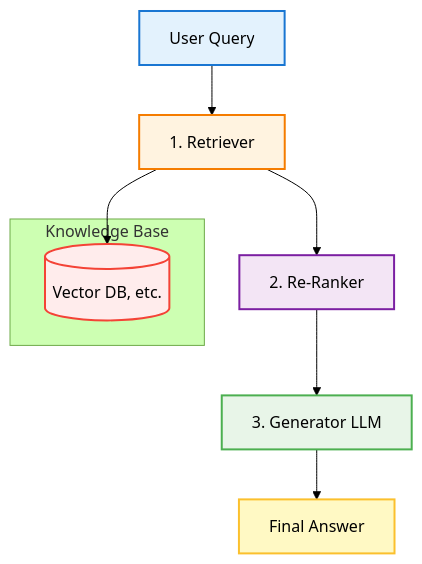
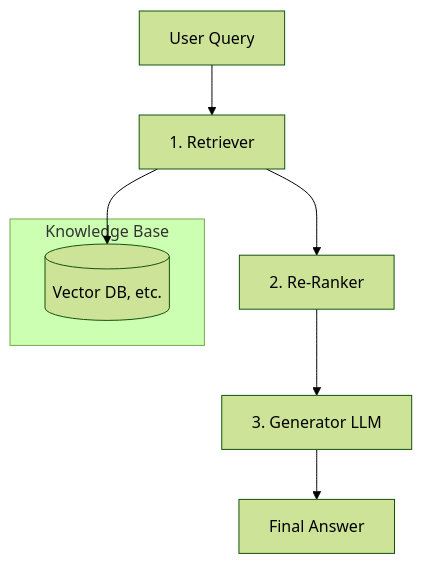
The diagram in docs/5-agentic-ai/5-4-retrieval-augmented-generation-rag/basic-rag-pipeline.md (harimkang/ai-engineer-guide), drawn with Mermaid (forest theme) before and after one commit. The commit also changed 45 other files, not shown here.

````diff
--- a/docs/5-agentic-ai/5-4-retrieval-augmented-generation-rag/basic-rag-pipeline.md
+++ b/docs/5-agentic-ai/5-4-retrieval-augmented-generation-rag/basic-rag-pipeline.md
@@ -20,20 +20,13 @@
 ```mermaid
 graph TD
     A[User Query] --> B[1. Retriever]
     B --> C[2. Re-Ranker]
     C --> D[3. Generator LLM]
     D --> E[Final Answer]
 
     subgraph "Knowledge Base"
         KB[(Vector DB, etc.)]
     end
 
     B --> KB
-
-    style A fill:#e3f2fd,stroke:#1976d2,stroke-width:2px
-    style B fill:#fff3e0,stroke:#f57c00,stroke-width:2px
-    style C fill:#f3e5f5,stroke:#7b1fa2,stroke-width:2px
-    style D fill:#e8f5e8,stroke:#4caf50,stroke-width:2px
-    style E fill:#fff9c4,stroke:#fbc02d,stroke-width:2px
-    style KB fill:#ffecec,stroke:#f44336,stroke-width:2px
 ```
````
